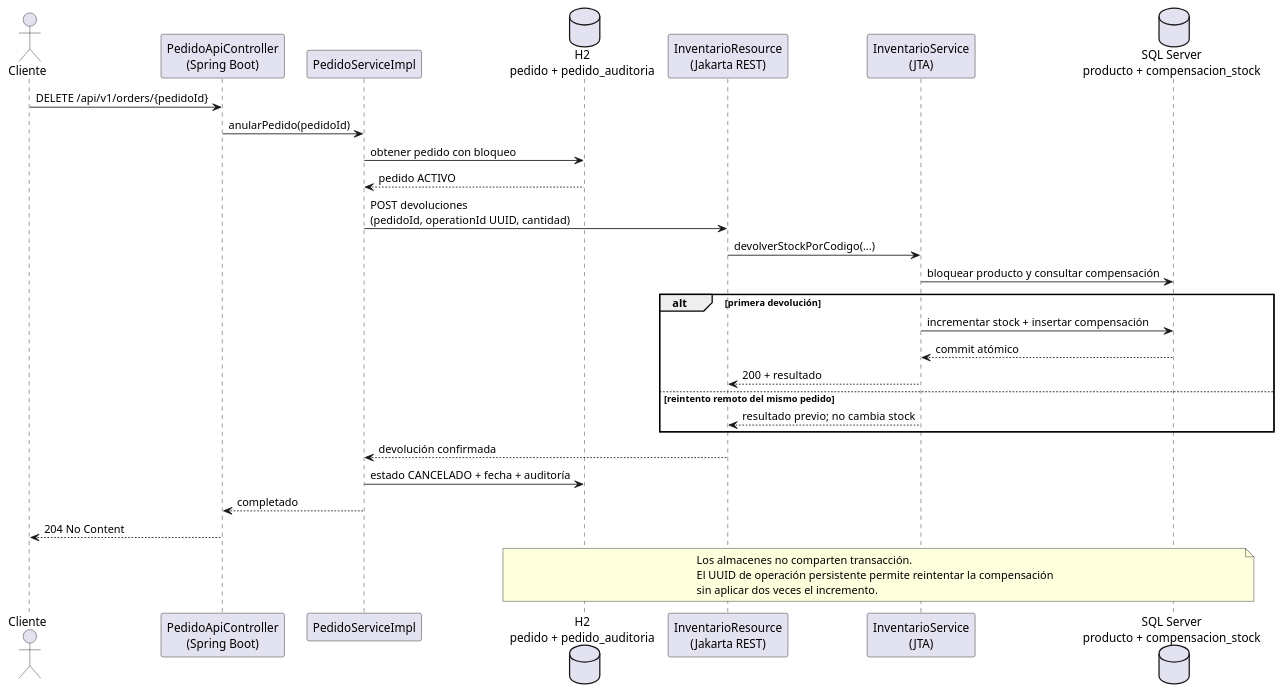
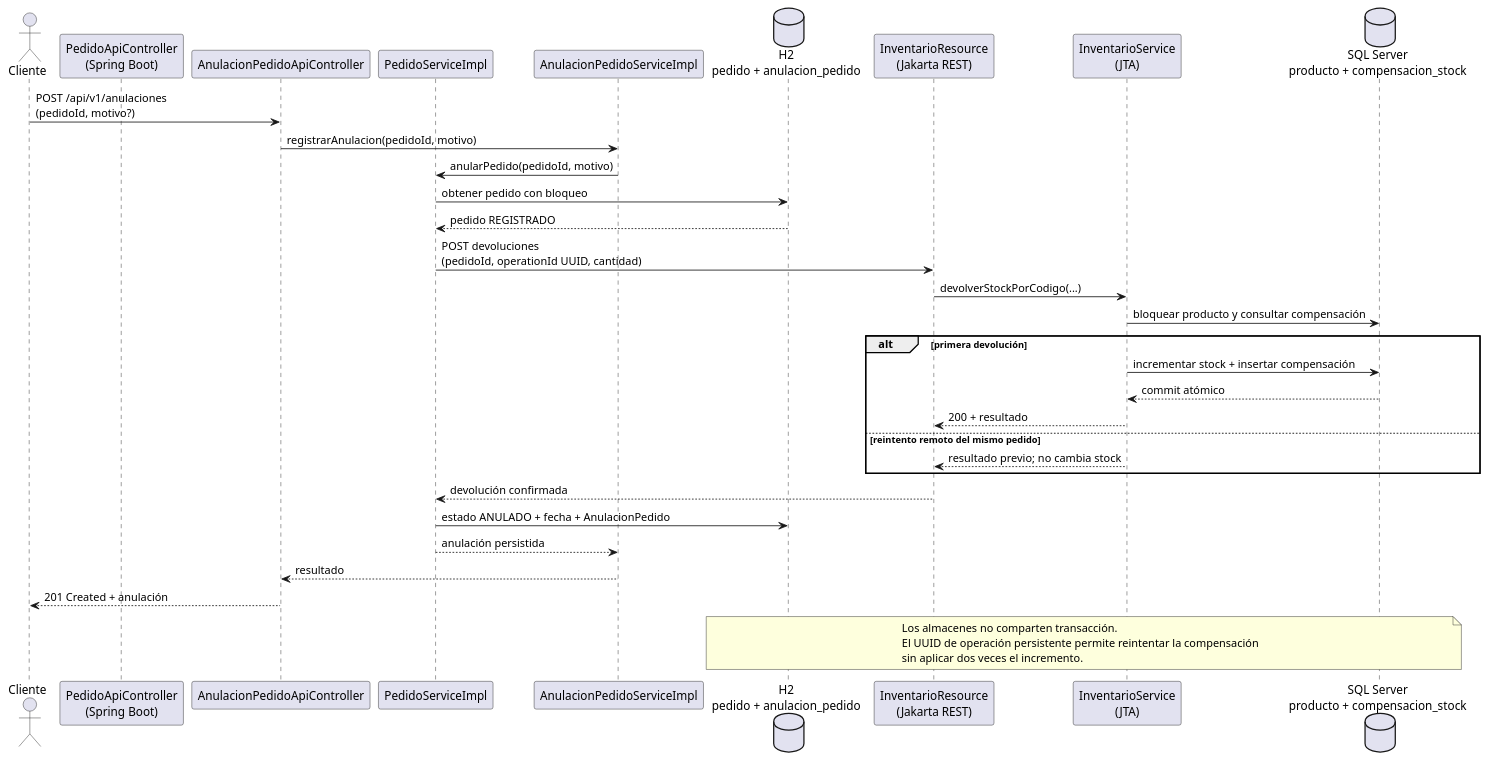
Before and after one commit to Adri123Vldz/isil-2026-ii: the diagram in ADVANCED-BUSINESS-APPLICATION-DEVELOPMENT/Sesión 5/sistema-pedidos-springboot/arquitectura-anulacion.puml, drawn with PlantUML. The commit also changed 31 other files, not shown here.

```diff
--- a/ADVANCED-BUSINESS-APPLICATION-DEVELOPMENT/Sesión 5/sistema-pedidos-springboot/arquitectura-anulacion.puml
+++ b/ADVANCED-BUSINESS-APPLICATION-DEVELOPMENT/Sesión 5/sistema-pedidos-springboot/arquitectura-anulacion.puml
@@ -1,34 +1,38 @@
 @startuml
 actor Cliente
 participant "PedidoApiController\n(Spring Boot)" as API
+participant "AnulacionPedidoApiController" as AnulacionAPI
 participant "PedidoServiceImpl" as Service
-database "H2\npedido + pedido_auditoria" as H2
+participant "AnulacionPedidoServiceImpl" as AnulacionService
+database "H2\npedido + anulacion_pedido" as H2
 participant "InventarioResource\n(Jakarta REST)" as Inventory
 participant "InventarioService\n(JTA)" as InventoryService
 database "SQL Server\nproducto + compensacion_stock" as SQL
 
-Cliente -> API: DELETE /api/v1/orders/{pedidoId}
-API -> Service: anularPedido(pedidoId)
+Cliente -> AnulacionAPI: POST /api/v1/anulaciones\n(pedidoId, motivo?)
+AnulacionAPI -> AnulacionService: registrarAnulacion(pedidoId, motivo)
+AnulacionService -> Service: anularPedido(pedidoId, motivo)
 Service -> H2: obtener pedido con bloqueo
-H2 --> Service: pedido ACTIVO
+H2 --> Service: pedido REGISTRADO
 Service -> Inventory: POST devoluciones\n(pedidoId, operationId UUID, cantidad)
 Inventory -> InventoryService: devolverStockPorCodigo(...)
 InventoryService -> SQL: bloquear producto y consultar compensación
 alt primera devolución
   InventoryService -> SQL: incrementar stock + insertar compensación
   SQL --> InventoryService: commit atómico
   InventoryService --> Inventory: 200 + resultado
 else reintento remoto del mismo pedido
   InventoryService --> Inventory: resultado previo; no cambia stock
 end
 Inventory --> Service: devolución confirmada
-Service -> H2: estado CANCELADO + fecha + auditoría
-Service --> API: completado
-API --> Cliente: 204 No Content
+Service -> H2: estado ANULADO + fecha + AnulacionPedido
+Service --> AnulacionService: anulación persistida
+AnulacionService --> AnulacionAPI: resultado
+AnulacionAPI --> Cliente: 201 Created + anulación
 
 note over H2,SQL
 Los almacenes no comparten transacción.
 El UUID de operación persistente permite reintentar la compensación
 sin aplicar dos veces el incremento.
 end note
 @enduml
```
